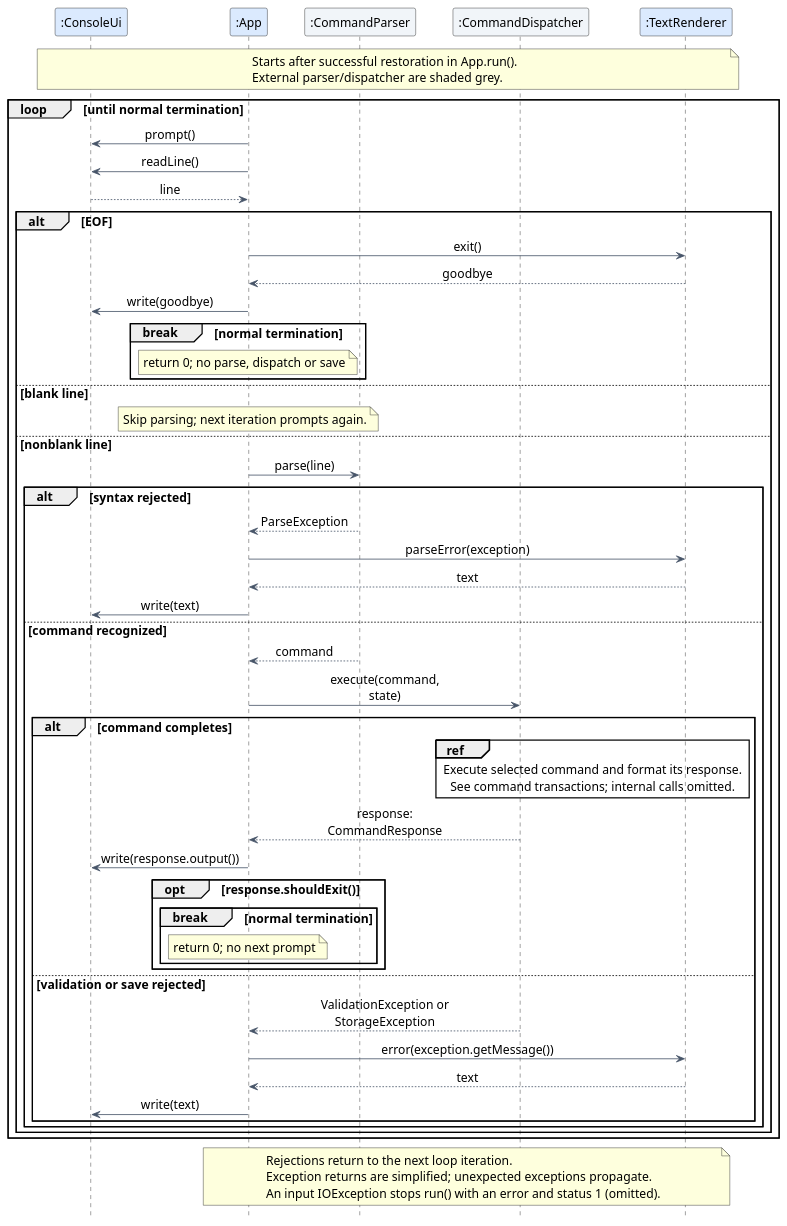
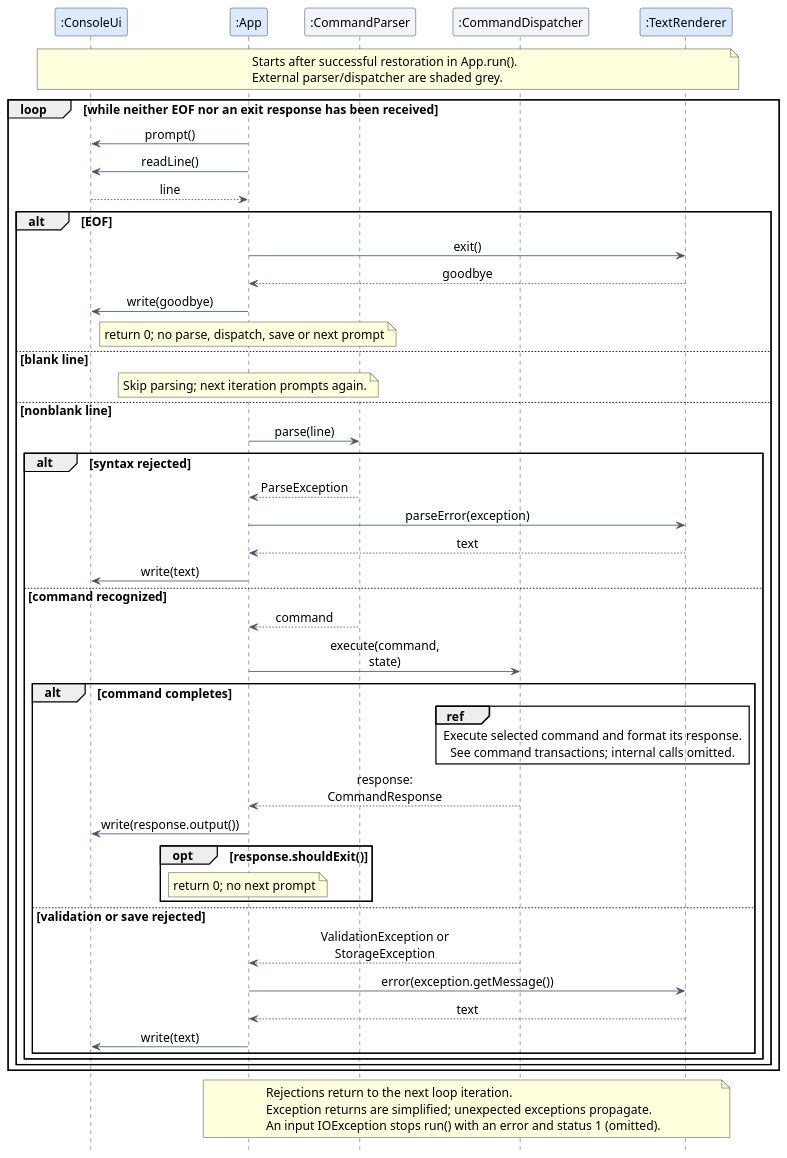
One commit to AY2627S1-CS2113-T10-1/tp changed the diagram in docs/diagrams/ka-how-command-loop.puml. Above: the diagram before and after it, drawn with PlantUML. The commit also changed 4 other files, not shown here.

First line of the commit message:
Correct Developer Guide behavior and UML notation

```diff
--- a/docs/diagrams/ka-how-command-loop.puml
+++ b/docs/diagrams/ka-how-command-loop.puml
@@ -1,77 +1,73 @@
 @startuml
 ' DG contribution I1: Ka How (ka-how).
 skinparam backgroundColor white
 skinparam shadowing false
 skinparam defaultFontName SansSerif
 skinparam defaultFontSize 15
 skinparam sequenceMessageAlign center
 skinparam responseMessageBelowArrow true
 skinparam maxMessageSize 160
 skinparam ParticipantPadding 18
 skinparam BoxPadding 8
 skinparam ArrowColor #475569
 hide footbox
 
 participant ":ConsoleUi" as UI #DBEAFE
 participant ":App" as App #DBEAFE
 participant ":CommandParser" as Parser #F1F5F9
 participant ":CommandDispatcher" as Dispatcher #F1F5F9
 participant ":TextRenderer" as Renderer #DBEAFE
 
 note over UI, Renderer
   Starts after successful restoration in App.run().
   External parser/dispatcher are shaded grey.
 end note
 
-loop until normal termination
+loop while neither EOF nor an exit response has been received
     App -> UI : prompt()
     App -> UI : readLine()
     UI --> App : line
 
     alt EOF
         App -> Renderer : exit()
         Renderer --> App : goodbye
         App -> UI : write(goodbye)
-        break normal termination
-            note over App : return 0; no parse, dispatch or save
-        end
+        note over App : return 0; no parse, dispatch, save or next prompt
     else blank line
         note over App : Skip parsing; next iteration prompts again.
     else nonblank line
         App -> Parser : parse(line)
         alt syntax rejected
             Parser --> App : ParseException
             App -> Renderer : parseError(exception)
             Renderer --> App : text
             App -> UI : write(text)
         else command recognized
             Parser --> App : command
             App -> Dispatcher : execute(command, state)
             alt command completes
                 ref over Dispatcher, Renderer
                     Execute selected command and format its response.
                     See command transactions; internal calls omitted.
                 end ref
                 Dispatcher --> App : response: CommandResponse
                 App -> UI : write(response.output())
                 opt response.shouldExit()
-                    break normal termination
-                        note over App : return 0; no next prompt
-                    end
+                    note over App : return 0; no next prompt
                 end
             else validation or save rejected
                 Dispatcher --> App : ValidationException or StorageException
                 App -> Renderer : error(exception.getMessage())
                 Renderer --> App : text
                 App -> UI : write(text)
             end
         end
     end
 end
 
 note over App, Renderer
   Rejections return to the next loop iteration.
   Exception returns are simplified; unexpected exceptions propagate.
   An input IOException stops run() with an error and status 1 (omitted).
 end note
 @enduml
```
